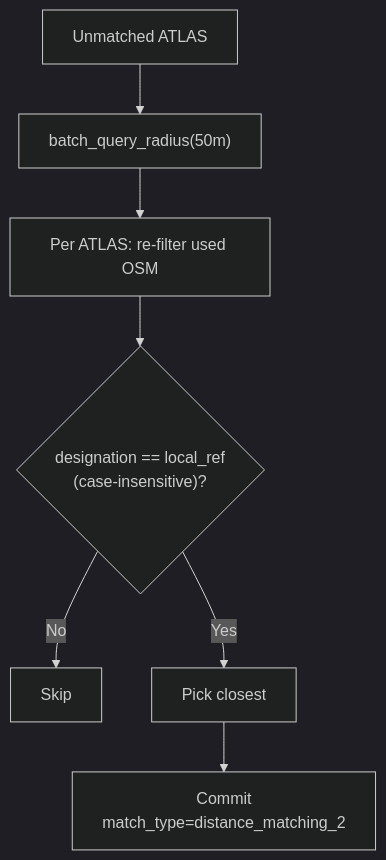
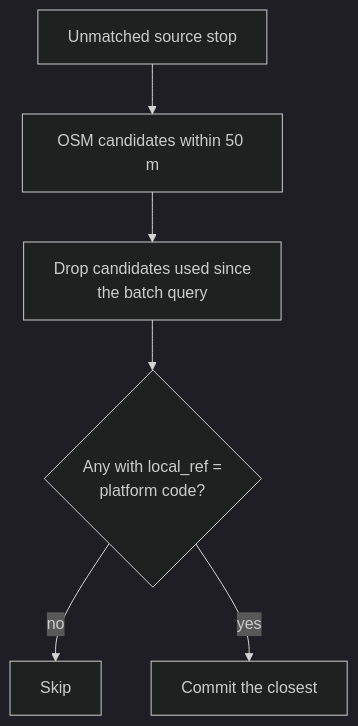
The third of 4 diagrams in documentation/2.4 Distance matching.md (openTdataCH/osm-public-transport-matcher), drawn with Mermaid (dark theme) before and after one commit. The commit also changed other lines of this file and 31 other files, not shown here.

````diff
--- a/documentation/2.4 Distance matching.md
+++ b/documentation/2.4 Distance matching.md
@@ -133,9 +59,8 @@
 ```mermaid
 flowchart TB
-    A["Unmatched ATLAS"] --> B["batch_query_radius(50m)"]
-    B --> C["Per ATLAS: re-filter used OSM"]
-    C --> D{"designation == local_ref\n(case-insensitive)?"}
-    D -->|No| X["Skip"]
-    D -->|Yes| E["Pick closest"]
-    E --> F["Commit\nmatch_type=distance_matching_2"]
+    A["Unmatched source stop"] --> B["OSM candidates within 50 m"]
+    B --> C["Drop candidates used since<br/>the batch query"]
+    C --> D{"Any with local_ref =<br/>platform code?"}
+    D -->|"no"| X["Skip"]
+    D -->|"yes"| E["Commit the closest"]
 ```
````
